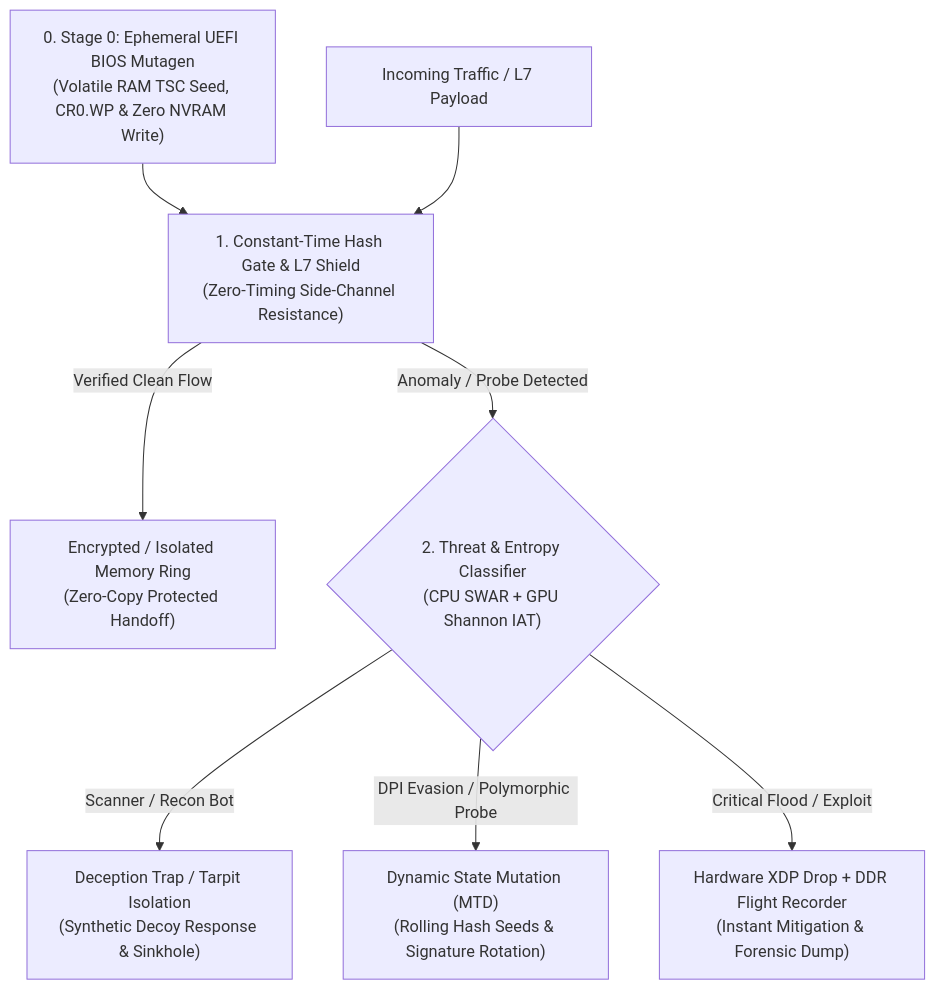
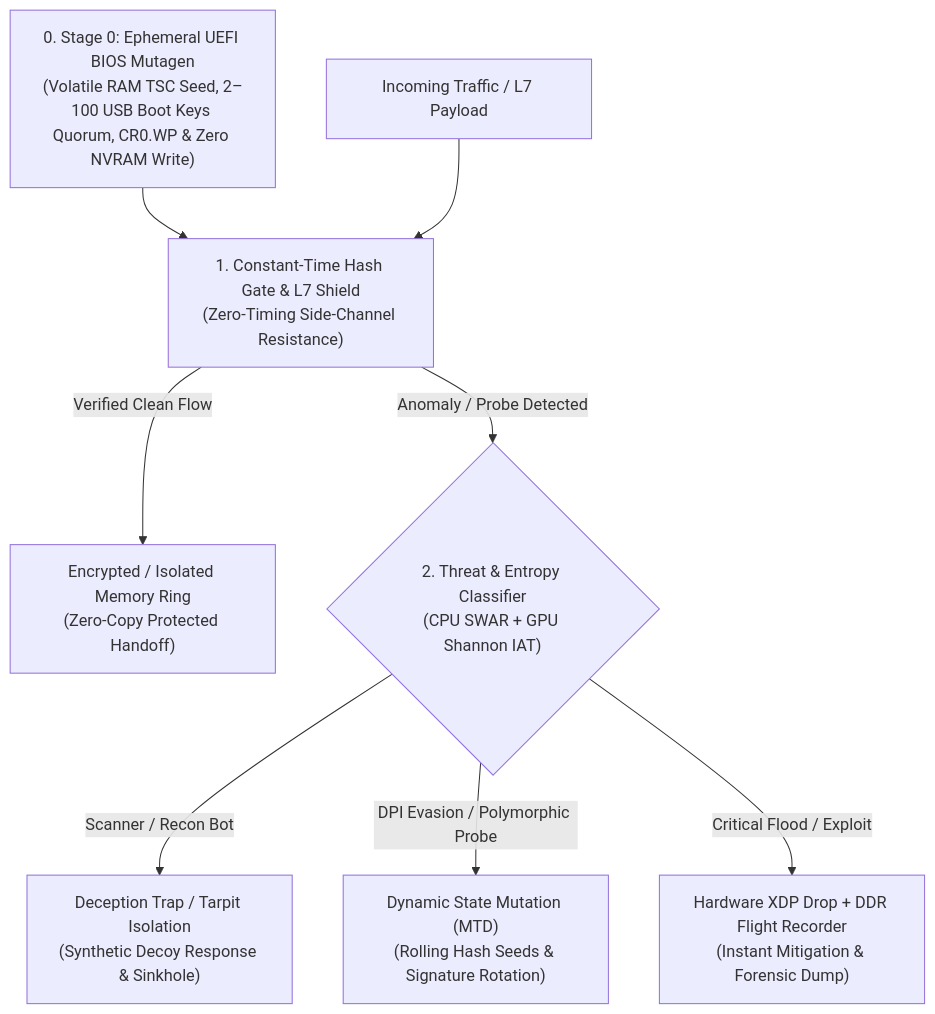
One commit to zerokull1/zero-timing-manifesto changed the second of 2 diagrams in README.md. Above: the diagram before and after it, drawn with Mermaid.

Commit message:
docs(uefi): specify 2-100 USB hardware boot keys quorum in Stage 0 Mutagen pipeline

````diff
--- a/README.md
+++ b/README.md
@@ -29,12 +29,12 @@
 ```mermaid
 flowchart TD
-    BOOT["0. Stage 0: Ephemeral UEFI BIOS Mutagen<br/>(Volatile RAM TSC Seed, CR0.WP & Zero NVRAM Write)"] --> GATE["1. Constant-Time Hash Gate & L7 Shield<br/>(Zero-Timing Side-Channel Resistance)"]
+    BOOT["0. Stage 0: Ephemeral UEFI BIOS Mutagen<br/>(Volatile RAM TSC Seed, 2–100 USB Boot Keys Quorum, CR0.WP & Zero NVRAM Write)"] --> GATE["1. Constant-Time Hash Gate & L7 Shield<br/>(Zero-Timing Side-Channel Resistance)"]
     IN["Incoming Traffic / L7 Payload"] --> GATE
     
     GATE -- "Verified Clean Flow" --> ENC["Encrypted / Isolated Memory Ring<br/>(Zero-Copy Protected Handoff)"]
     GATE -- "Anomaly / Probe Detected" --> TRAP{"2. Threat & Entropy Classifier<br/>(CPU SWAR + GPU Shannon IAT)"}
     
     TRAP -- "Scanner / Recon Bot" --> HONEY["Deception Trap / Tarpit Isolation<br/>(Synthetic Decoy Response & Sinkhole)"]
     TRAP -- "DPI Evasion / Polymorphic Probe" --> MUT["Dynamic State Mutation (MTD)<br/>(Rolling Hash Seeds & Signature Rotation)"]
     TRAP -- "Critical Flood / Exploit" --> DROP["Hardware XDP Drop + DDR Flight Recorder<br/>(Instant Mitigation & Forensic Dump)"]
 ```
````
